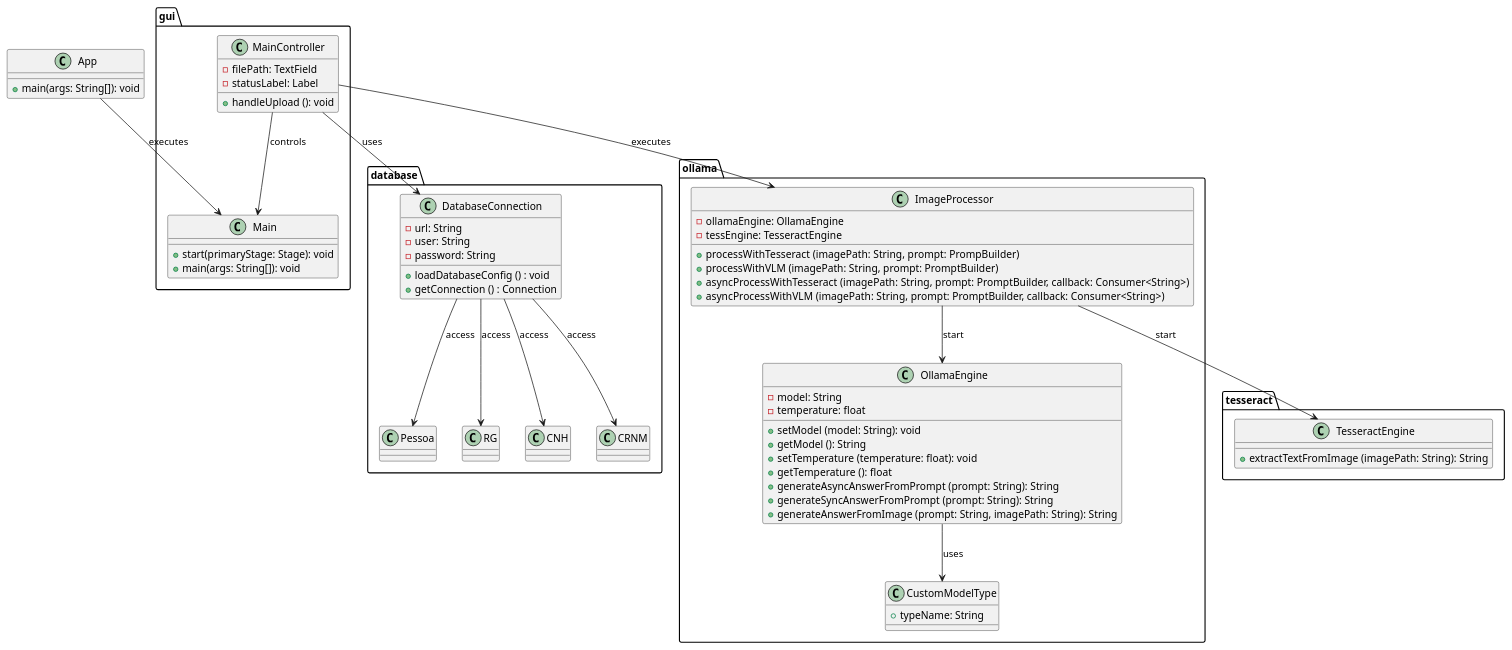
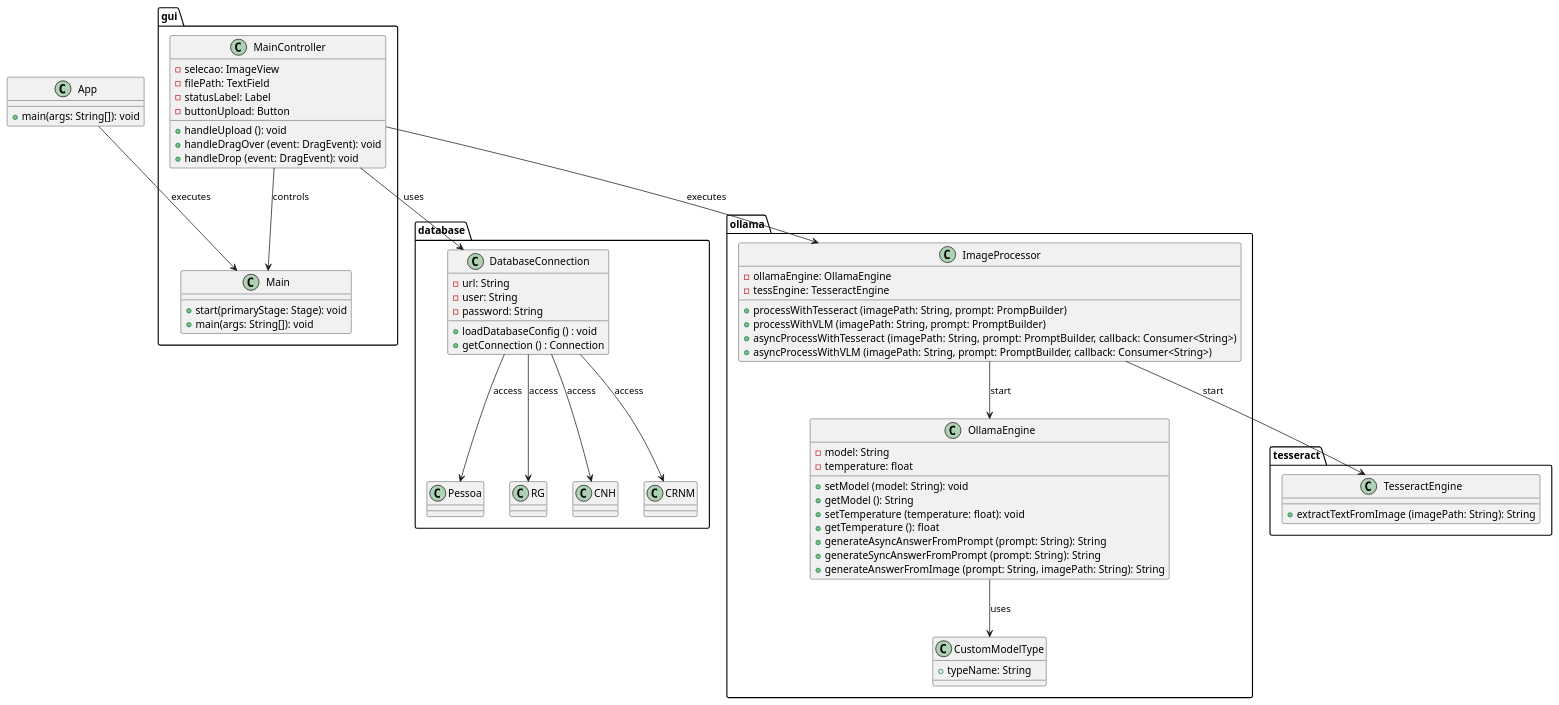
The diagram in docs/plant_uml.puml (Titus-System/2semestre-ADS), drawn with PlantUML before and after one commit. The commit also changed 1 other file, not shown here.

Commit message:
docs(uml): update uml

```diff
--- a/docs/plant_uml.puml
+++ b/docs/plant_uml.puml
@@ -1,94 +1,98 @@
 @startuml plant_uml
 class App {
     + main(args: String[]): void
 }
 
 package gui {
     class Main {
         + start(primaryStage: Stage): void
         + main(args: String[]): void
     }
 
     class MainController {
+        - selecao: ImageView
         - filePath: TextField
         - statusLabel: Label 
+        - buttonUpload: Button
         + handleUpload (): void
+        + handleDragOver (event: DragEvent): void
+        + handleDrop (event: DragEvent): void
     }
 
     MainController --> Main : controls
 }
 
 package ollama {
     class CustomModelType {
         + typeName: String
     }
 
     class OllamaEngine {
         - model: String
         - temperature: float
         + setModel (model: String): void
         + getModel (): String
         + setTemperature (temperature: float): void
         + getTemperature (): float
         + generateAsyncAnswerFromPrompt (prompt: String): String
         + generateSyncAnswerFromPrompt (prompt: String): String
         + generateAnswerFromImage (prompt: String, imagePath: String): String
     }
 
     class ImageProcessor {
         - ollamaEngine: OllamaEngine
         - tessEngine: TesseractEngine
         + processWithTesseract (imagePath: String, prompt: PrompBuilder)
         + processWithVLM (imagePath: String, prompt: PromptBuilder)
         + asyncProcessWithTesseract (imagePath: String, prompt: PromptBuilder, callback: Consumer<String>)
         + asyncProcessWithVLM (imagePath: String, prompt: PromptBuilder, callback: Consumer<String>)
     }
 
     ImageProcessor --> OllamaEngine: start
     OllamaEngine --> CustomModelType : uses
 }
 
 package tesseract {
     class TesseractEngine {
         + extractTextFromImage (imagePath: String): String
     }
 }
 
 package database {
     class DatabaseConnection {
         - url: String
         - user: String
         - password: String
         + loadDatabaseConfig () : void
         + getConnection () : Connection
     }
 
     Class Pessoa {
 
     }
 
     class RG {
 
     }
 
     class CNH {
 
     }
 
     class CRNM {
 
     }
 
     DatabaseConnection --> Pessoa : access
     DatabaseConnection --> RG : access
     DatabaseConnection --> CNH : access
     DatabaseConnection --> CRNM : access
 
 }
 
 MainController --> ImageProcessor: executes
 MainController --> DatabaseConnection: uses
 ImageProcessor --> TesseractEngine: start
 App --> Main : executes
 
 @enduml
```
